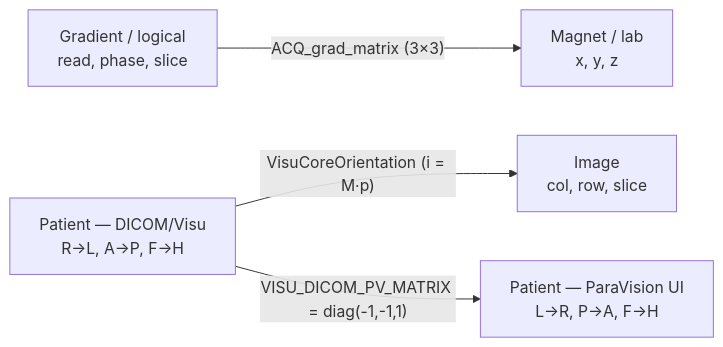
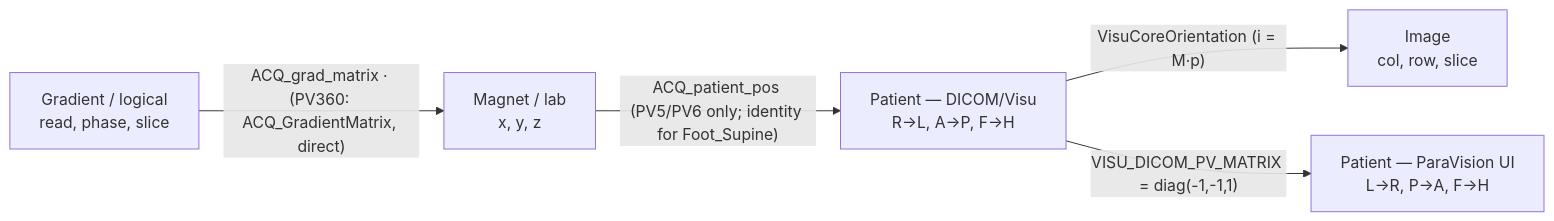
One commit to CoBrALab/pvraw changed the seventh of 7 diagrams in FILE_FORMAT.md. Above: the diagram before and after it, drawn with Mermaid. The commit also changed other lines of this file and 1 other file, not shown here.

````diff
--- a/FILE_FORMAT.md
+++ b/FILE_FORMAT.md
@@ -1707,11 +2256,12 @@
 ```mermaid
 flowchart LR
   grad["Gradient / logical<br>read, phase, slice"]
   mag["Magnet / lab<br>x, y, z"]
   dicom["Patient — DICOM/Visu<br>R→L, A→P, F→H"]
   pv["Patient — ParaVision UI<br>L→R, P→A, F→H"]
   img["Image<br>col, row, slice"]
-  grad -- "ACQ_grad_matrix (3×3)" --> mag
+  grad -- "ACQ_grad_matrix · (PV360: ACQ_GradientMatrix, direct)" --> mag
+  mag -- "ACQ_patient_pos (PV5/PV6 only; identity for Foot_Supine)" --> dicom
   dicom -- "VisuCoreOrientation (i = M·p)" --> img
   dicom -- "VISU_DICOM_PV_MATRIX = diag(-1,-1,1)" --> pv
 ```
````
